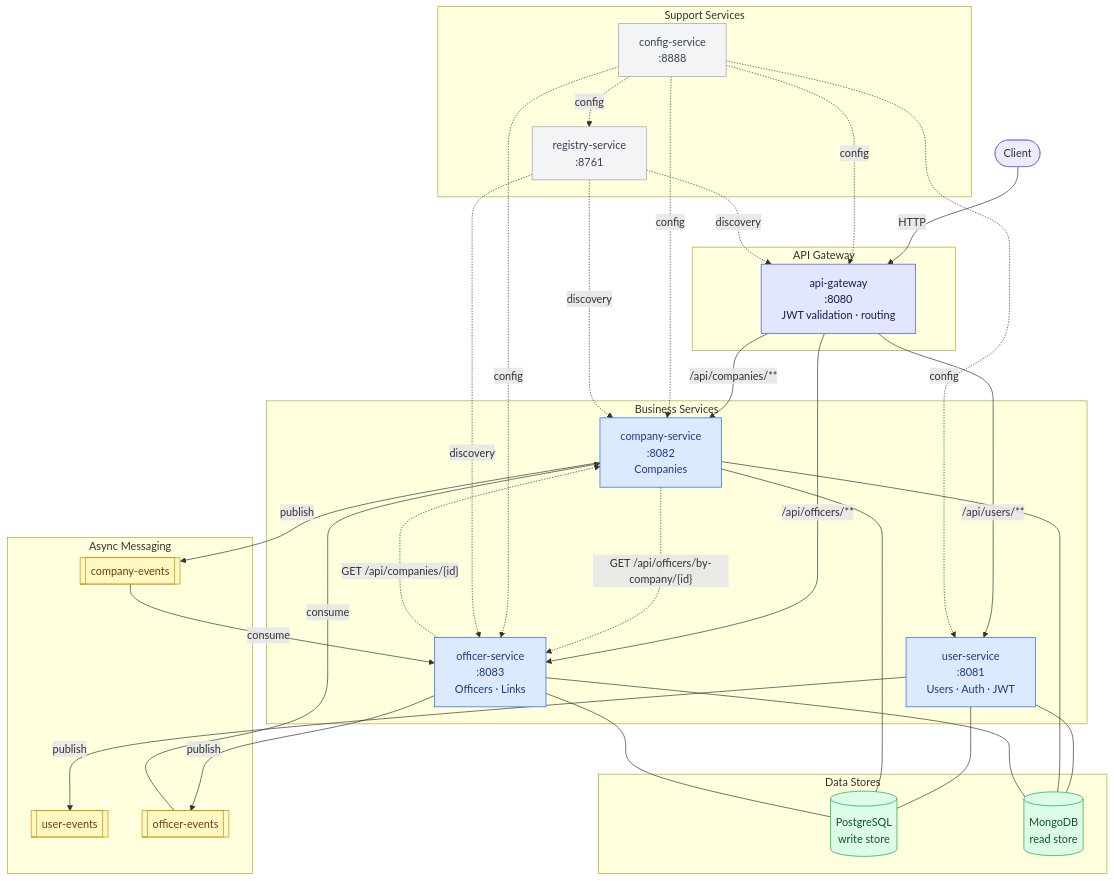
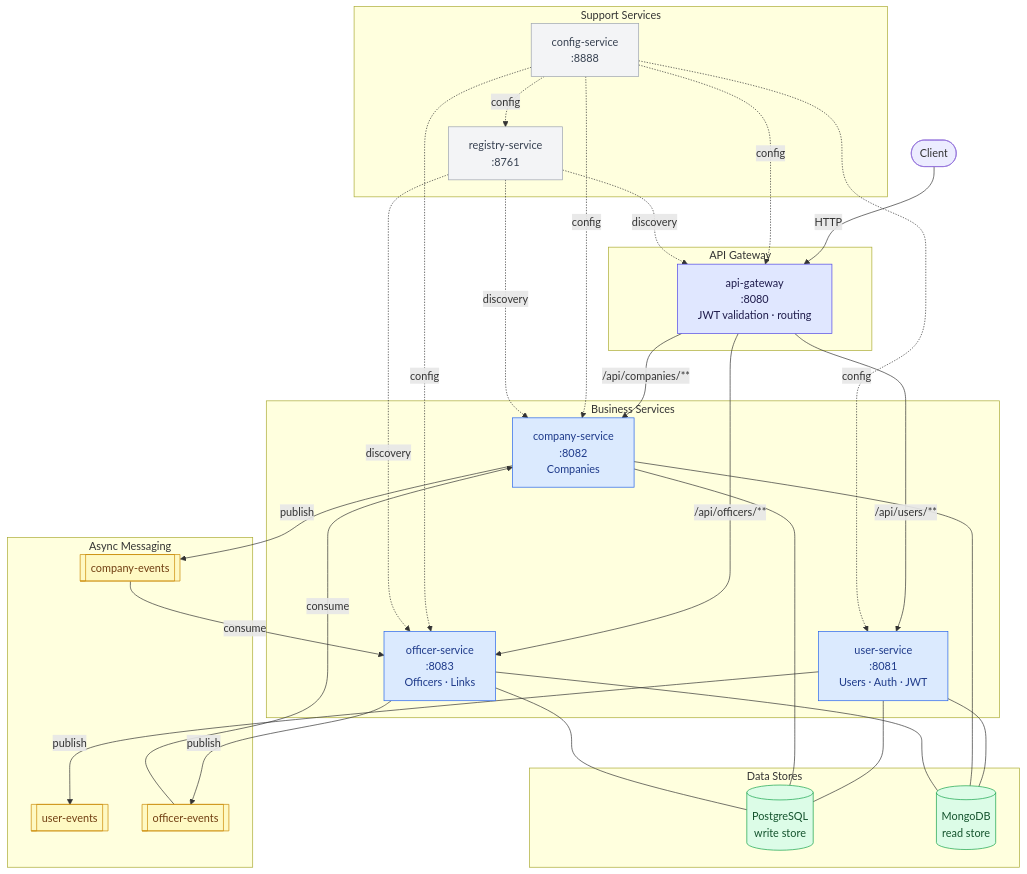
Before and after one commit to duranteau-l-i/company-microservices: the diagram in docs/architecture.md, drawn with Mermaid. The commit also changed other lines of this file, not shown here.

First line of the commit message:
docs(architecture): remove outdated Feign references, clarify event-driven pattern

````diff
--- a/docs/architecture.md
+++ b/docs/architecture.md
@@ -5,71 +5,67 @@
 ```mermaid
 graph TB
     Client(["Client"])
 
     subgraph Support["Support Services"]
         Config["config-service\n:8888"]
         Registry["registry-service\n:8761"]
     end
 
     subgraph Gateway["API Gateway"]
         GW["api-gateway\n:8080\nJWT validation · routing"]
     end
 
     subgraph Business["Business Services"]
         US["user-service\n:8081\nUsers · Auth · JWT"]
         CS["company-service\n:8082\nCompanies"]
         OS["officer-service\n:8083\nOfficers · Links"]
     end
 
     subgraph Messaging["Async Messaging"]
         UE[["user-events"]]
         CE[["company-events"]]
         OE[["officer-events"]]
     end
 
     subgraph DataStores["Data Stores"]
         PG[("PostgreSQL\nwrite store")]
         MG[("MongoDB\nread store")]
     end
 
     %% Client → Gateway → Services
     Client -->|"HTTP"| GW
     GW -->|"/api/users/**"| US
     GW -->|"/api/companies/**"| CS
     GW -->|"/api/officers/**"| OS
 
     %% Kafka producers
     US -->|"publish"| UE
     CS -->|"publish"| CE
     OS -->|"publish"| OE
 
     %% Kafka consumers (cross-service)
     CE -->|"consume"| OS
     OE -->|"consume"| CS
 
-    %% Feign sync calls
-    CS -. "GET /api/officers/by-company/{id}" .-> OS
-    OS -. "GET /api/companies/{id}" .-> CS
-
     %% Data stores
     US --- PG & MG
     CS --- PG & MG
     OS --- PG & MG
 
     %% Support services (config + discovery)
     Config -.->|"config"| GW & US & CS & OS & Registry
     Registry -.->|"discovery"| GW & CS & OS
 
     %% Styles
     classDef service fill:#dbeafe,stroke:#2563eb,color:#1e3a8a
     classDef gateway fill:#e0e7ff,stroke:#4f46e5,color:#1e1b4b
     classDef support fill:#f3f4f6,stroke:#9ca3af,color:#374151
     classDef topic fill:#fef9c3,stroke:#ca8a04,color:#713f12
     classDef store fill:#dcfce7,stroke:#16a34a,color:#14532d
 
     class US,CS,OS service
     class GW gateway
     class Config,Registry support
     class UE,CE,OE topic
     class PG,MG store
 ```
````
